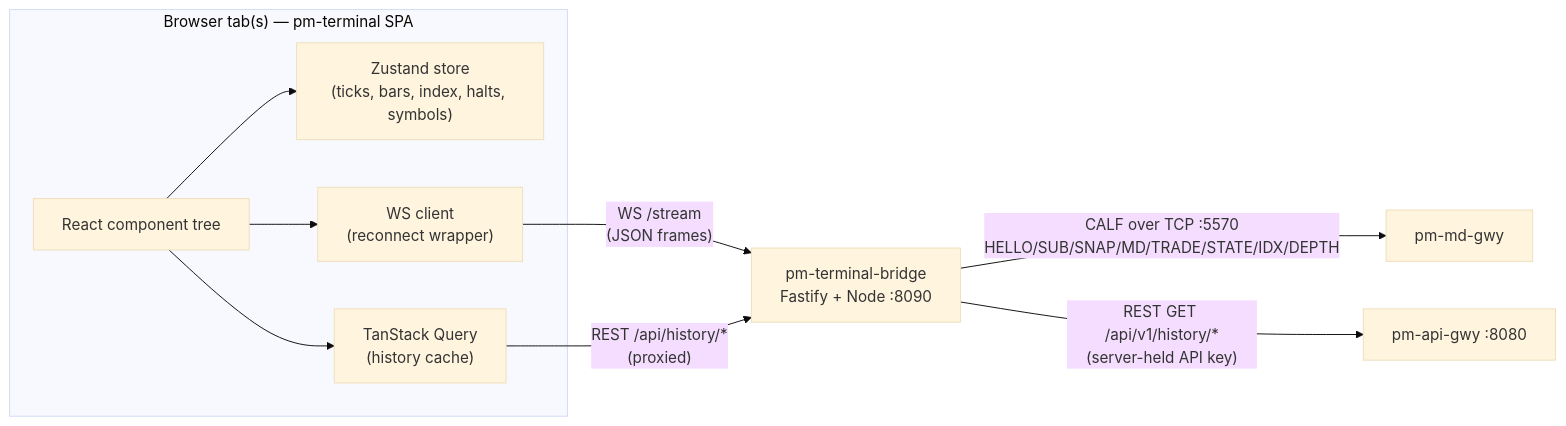
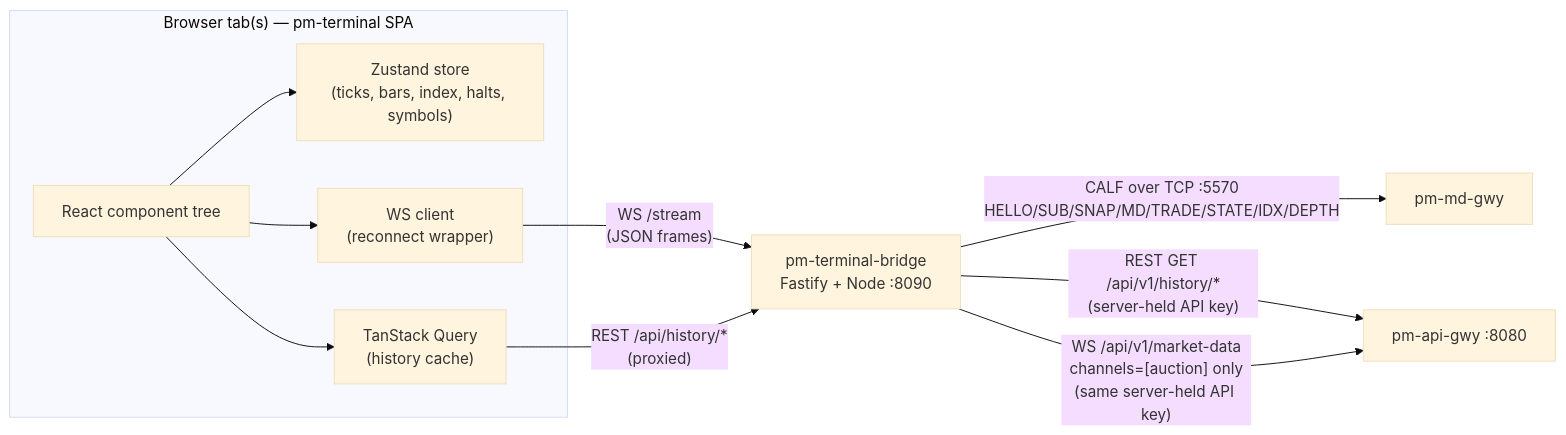
Before and after one commit to johan162/EduMatcher: the diagram in docs-design/EduMatcher-Terminal-GUI.md, drawn with Mermaid (base theme). The commit also changed other lines of this file and 7 other files, not shown here.

````diff
--- a/docs-design/EduMatcher-Terminal-GUI.md
+++ b/docs-design/EduMatcher-Terminal-GUI.md
@@ -361,18 +534,19 @@
 ```mermaid
 flowchart LR
     subgraph Browser["Browser tab(s) — pm-terminal SPA"]
         REACT["React component tree"]
         ZUSTAND["Zustand store\n(ticks, bars, index, halts, symbols)"]
         TQ["TanStack Query\n(history cache)"]
         WS["WS client\n(reconnect wrapper)"]
         REACT --> ZUSTAND
         REACT --> TQ
         REACT --> WS
     end
 
     WS -->|"WS /stream\n(JSON frames)"| BRIDGE["pm-terminal-bridge\nFastify + Node :8090"]
     TQ -->|"REST /api/history/*\n(proxied)"| BRIDGE
 
     BRIDGE -->|"CALF over TCP :5570\nHELLO/SUB/SNAP/MD/TRADE/STATE/IDX/DEPTH"| MDGWY["pm-md-gwy"]
     BRIDGE -->|"REST GET /api/v1/history/*\n(server-held API key)"| APIGWY["pm-api-gwy :8080"]
+    BRIDGE -->|"WS /api/v1/market-data\nchannels=[auction] only\n(same server-held API key)"| APIGWY
 ```
````
